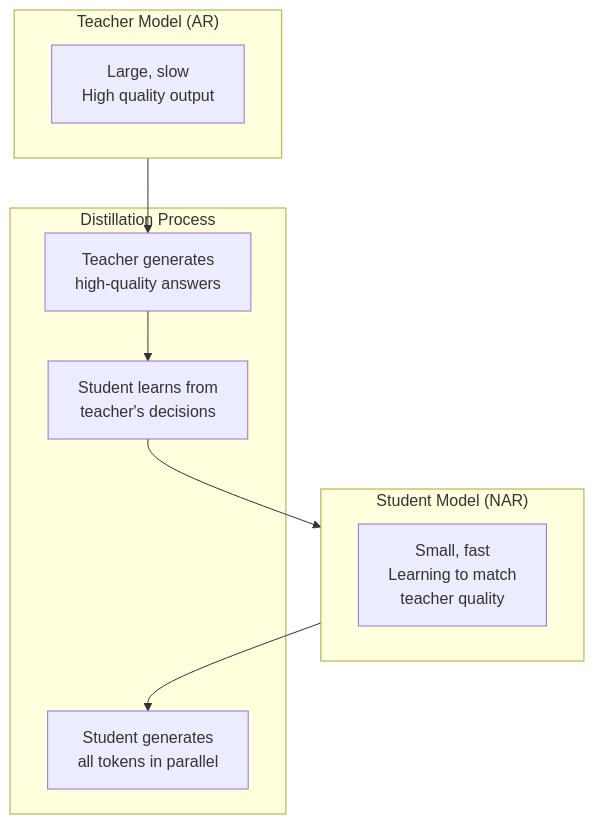
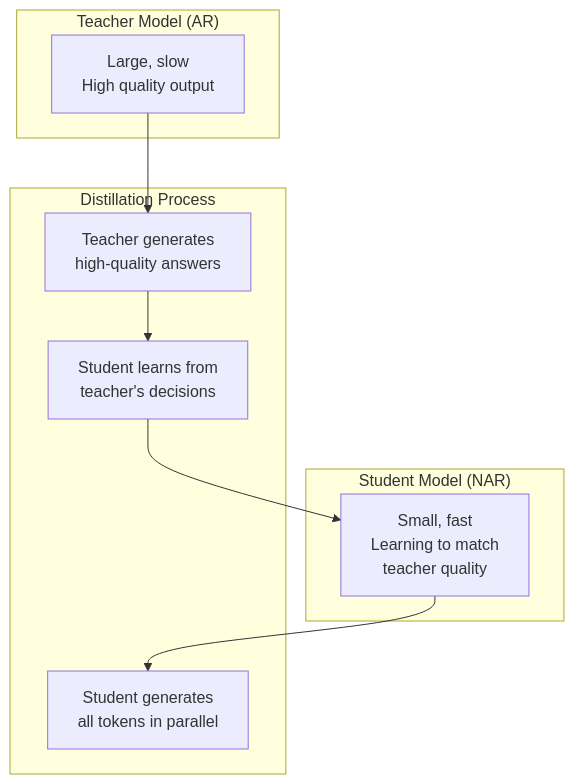
One commit to rsrini7/Learnings changed diagram 11 of 12 in AI-ML/LLMs/training/Auto-Regression.md. Above: the diagram before and after it, drawn with Mermaid. The commit also changed 7 other files, not shown here.

First line of the commit message:
docs: update mermaid flowcharts in documentation

````diff
--- a/AI-ML/LLMs/training/Auto-Regression.md
+++ b/AI-ML/LLMs/training/Auto-Regression.md
@@ -281,21 +281,21 @@
 ```mermaid
 flowchart TB
     subgraph Teacher["Teacher Model (AR)"]
         T1["Large, slow<br/>High quality output"]
     end
     
     subgraph Student["Student Model (NAR)"]
         S1["Small, fast<br/>Learning to match<br/>teacher quality"]
     end
     
     subgraph Process["Distillation Process"]
         P1["Teacher generates<br/>high-quality answers"]
         P2["Student learns from<br/>teacher's decisions"]
         P3["Student generates<br/>all tokens in parallel"]
     end
     
-    Teacher --> P1
+    T1 --> P1
     P1 --> P2
-    P2 --> Student
-    Student --> P3
+    P2 --> S1
+    S1 --> P3
 ```
````
